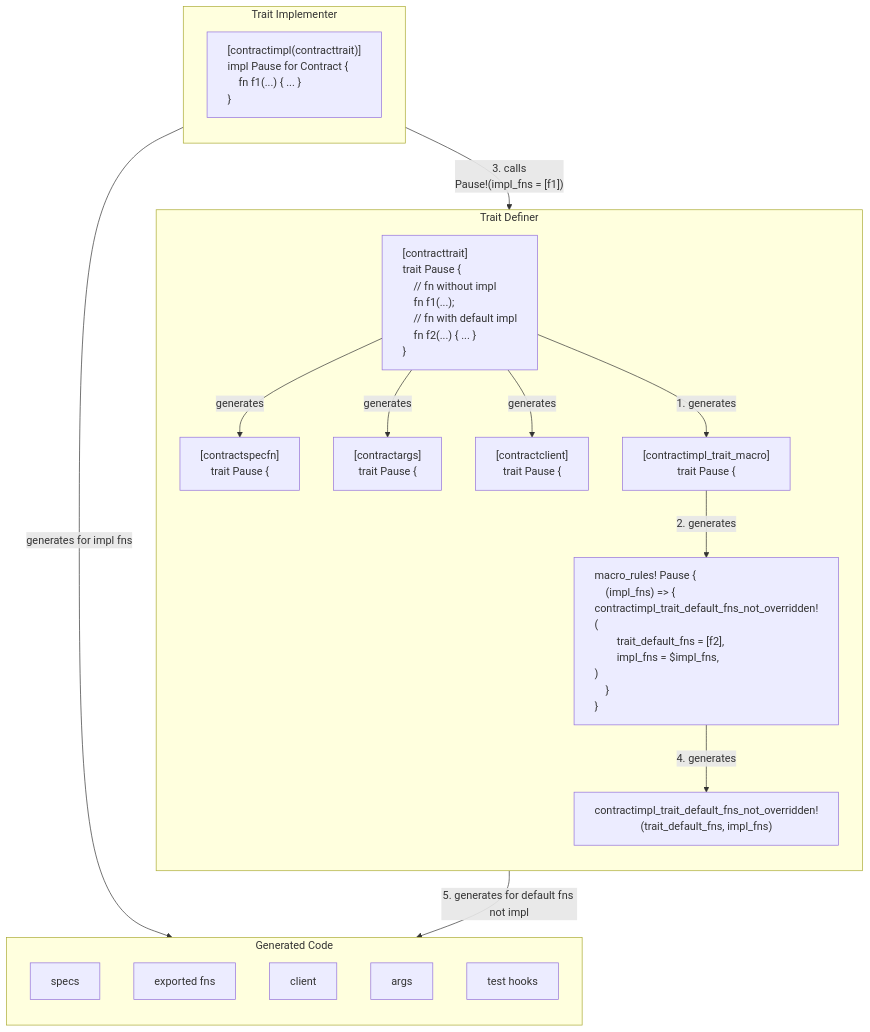
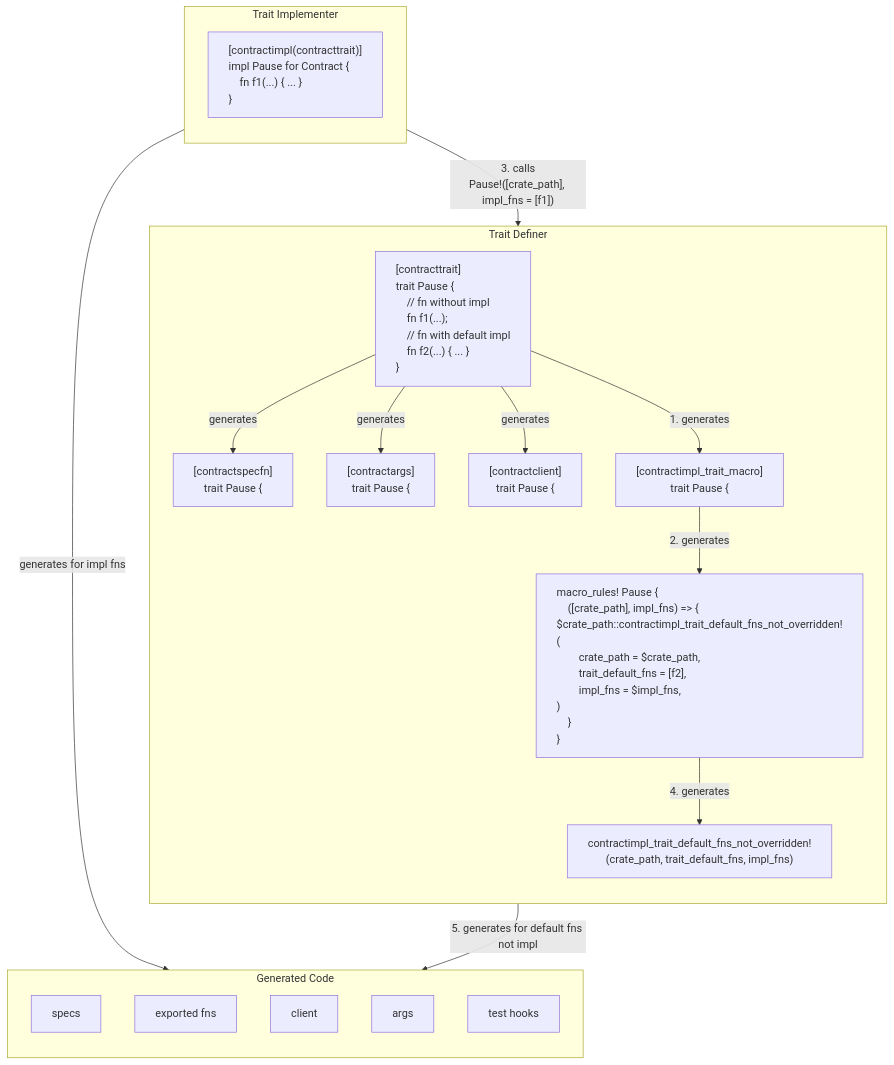
One commit to stellar/rs-soroban-sdk changed the diagram in soroban-sdk/docs/contracttrait.md. Above: the diagram before and after it, drawn with Mermaid. The commit also changed other lines of this file and 6 other files, not shown here.

First line of the commit message:
Fix contractimpl crate_path for contracttrait default fns (#2089)

````diff
--- a/soroban-sdk/docs/contracttrait.md
+++ b/soroban-sdk/docs/contracttrait.md
@@ -13,35 +13,35 @@
 ```mermaid
 flowchart TB
     subgraph trait_def ["Trait Definer"]
         direction TB
         A["#91;contracttrait#93;<br/>trait Pause #123;<br/>&emsp;// fn without impl<br/>&emsp;fn f1#40;...#41;;<br/>&emsp;// fn with default impl<br/>&emsp;fn f2#40;...#41; #123; ... #125;<br/>#125;"]
         style A text-align:left
         A -->|generates| B["#91;contractspecfn#93;<br/>trait Pause #123;"]
         A -->|generates| C["#91;contractargs#93;<br/>trait Pause #123;"]
         A -->|generates| D["#91;contractclient#93;<br/>trait Pause #123;"]
         A -->|1. generates| E["#91;contractimpl_trait_macro#93;<br/>trait Pause #123;"]
-        E -->|2. generates| F["macro_rules! Pause #123;<br/>&emsp;#40;impl_fns#41; => #123;<br/>contractimpl_trait_default_fns_not_overridden!#40;<br/>&emsp;&emsp;trait_default_fns = #91;f2#93;,<br/>&emsp;&emsp;impl_fns = $impl_fns,<br/>#41;<br/>&emsp;#125;<br/>#125;"]
+        E -->|2. generates| F["macro_rules! Pause #123;<br/>&emsp;#40;#91;crate_path#93;, impl_fns#41; => #123;<br/>$crate_path::contractimpl_trait_default_fns_not_overridden!#40;<br/>&emsp;&emsp;crate_path = $crate_path,<br/>&emsp;&emsp;trait_default_fns = #91;f2#93;,<br/>&emsp;&emsp;impl_fns = $impl_fns,<br/>#41;<br/>&emsp;#125;<br/>#125;"]
         style F text-align:left
-        F -->|4. generates| I["contractimpl_trait_default_fns_not_overridden!#40;trait_default_fns, impl_fns#41;"]
+        F -->|4. generates| I["contractimpl_trait_default_fns_not_overridden!#40;crate_path, trait_default_fns, impl_fns#41;"]
     end
 
     subgraph impl_def ["Trait Implementer"]
         direction BT
         G["#91;contractimpl#40;contracttrait#41;#93;<br/>impl Pause for Contract #123;<br/>&emsp;fn f1#40;...#41; #123; ... #125;<br/>#125;"]
         style G text-align:left
     end
 
-    G -->|"3. calls<br/>Pause!#40;impl_fns = #91;f1#93;#41;"| F
+    G -->|"3. calls<br/>Pause!#40;#91;crate_path#93;, impl_fns = #91;f1#93;#41;"| F
 
     subgraph outputs ["Generated Code"]
         direction BT
         J[specs]
         K[exported fns]
         L[client]
         M[args]
         N[test hooks]
     end
 
     G -->|generates for impl fns| outputs
     I -->|5. generates for default fns not impl| outputs
 ```
````
